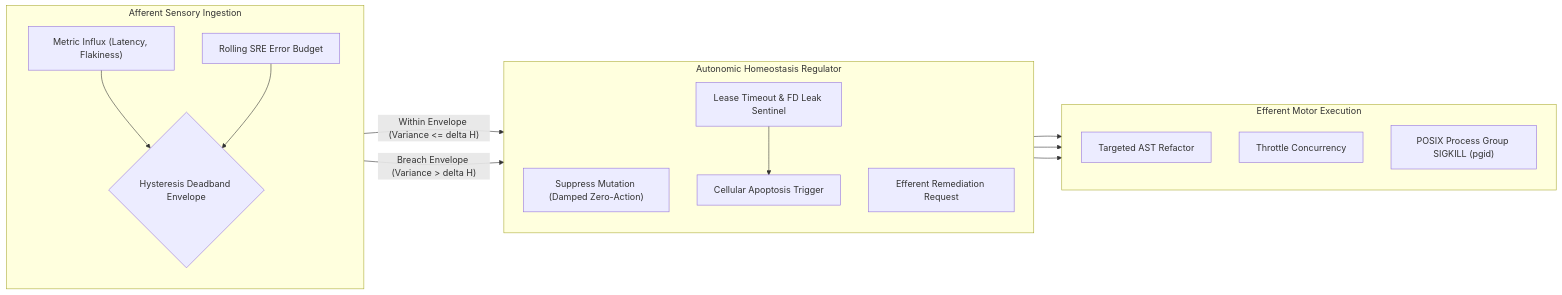
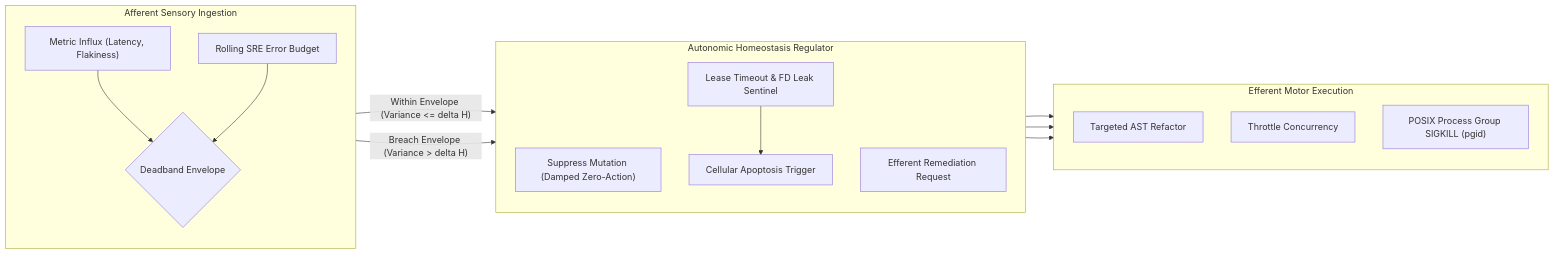
Before and after one commit to dan-petty/vibes: the diagram in observations/systems/47-biological-autopoiesis-homeostatic-damping-and-afferent-observability.md, drawn with Mermaid. The commit also changed other lines of this file and 248 other files, not shown here.

````diff
--- a/observations/systems/47-biological-autopoiesis-homeostatic-damping-and-afferent-observability.md
+++ b/observations/systems/47-biological-autopoiesis-homeostatic-damping-and-afferent-observability.md
@@ -30,24 +30,24 @@
 ```mermaid
 flowchart LR
     subgraph Afferent["Afferent Sensory Ingestion"]
         direction TB
         RawM["Metric Influx (Latency, Flakiness)"]
         SLO["Rolling SRE Error Budget"]
-        RawM --> Deadband{"Hysteresis Deadband Envelope"}
+        RawM --> Deadband{"Deadband Envelope"}
         SLO --> Deadband
     end
 
     subgraph Homeostasis["Autonomic Homeostasis Regulator"]
         direction TB
         Deadband -->|"Within Envelope (Variance <= delta H)"| Suppress["Suppress Mutation (Damped Zero-Action)"]
         Deadband -->|"Breach Envelope (Variance > delta H)"| Trigger["Efferent Remediation Request"]
         LeakDetector["Lease Timeout & FD Leak Sentinel"] --> Apoptosis["Cellular Apoptosis Trigger"]
     end
 
     subgraph Efferent["Efferent Motor Execution"]
         direction TB
         Trigger --> ASTPatch["Targeted AST Refactor"]
         Trigger --> RateLimit["Throttle Concurrency"]
         Apoptosis --> KillTree["POSIX Process Group SIGKILL (pgid)"]
     end
 ```
````
